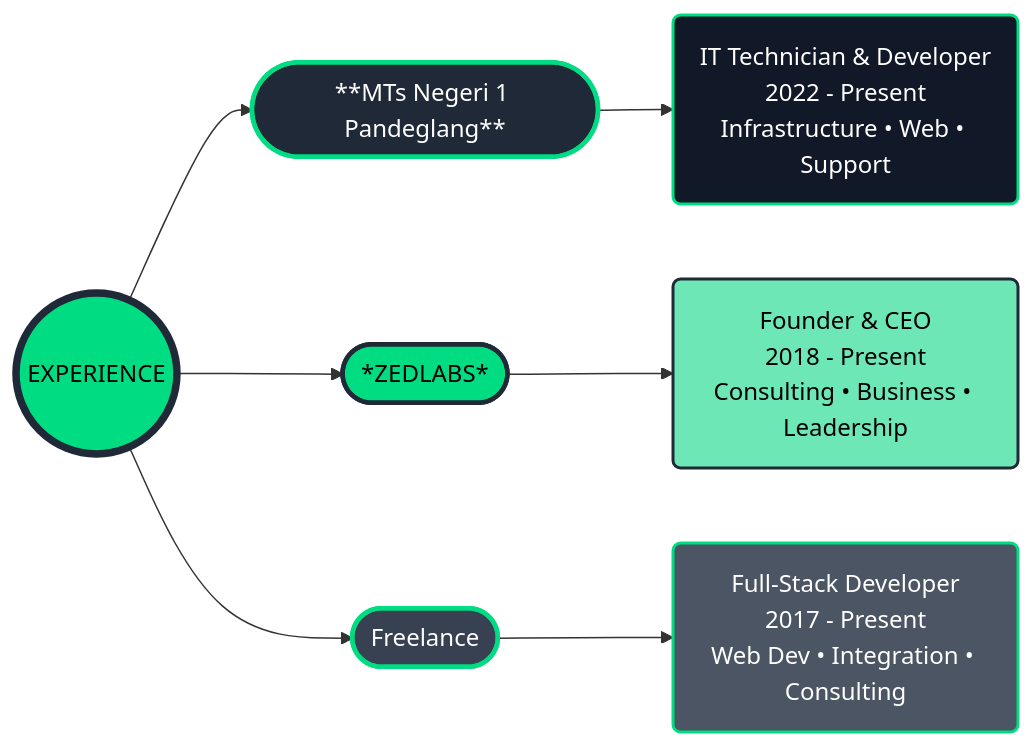
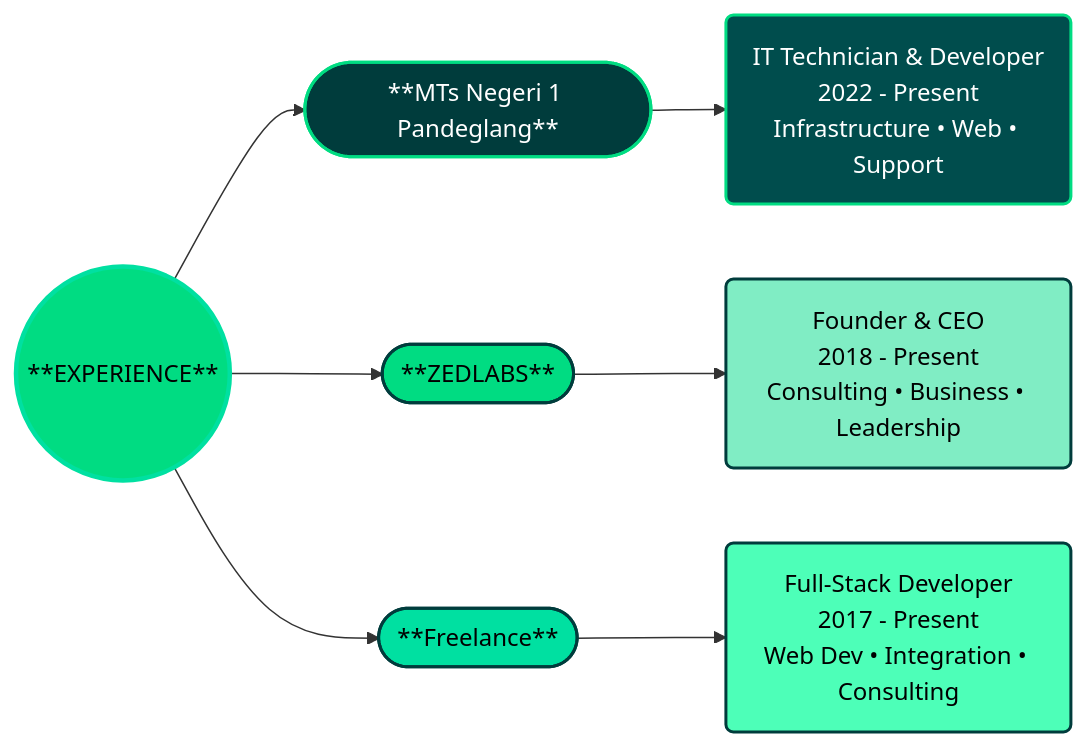
The first of 2 diagrams in README.mdx (zulfikriyahya/zulfikriyahya), drawn with Mermaid before and after one commit.

````diff
--- a/README.mdx
+++ b/README.mdx
@@ -141,29 +141,29 @@
 ```mermaid
 graph LR
-    START(("EXPERIENCE"))
+    START(("**EXPERIENCE**"))
 
     A(["**MTs Negeri 1 Pandeglang**"])
     A1("IT Technician & Developer<br/>2022 - Present<br/>Infrastructure • Web • Support")
 
-    B(["*ZEDLABS*"])
+    B(["**ZEDLABS**"])
     B1("Founder & CEO<br/>2018 - Present<br/>Consulting • Business • Leadership")
 
-    C(["Freelance"])
+    C(["**Freelance**"])
     C1("Full-Stack Developer<br/>2017 - Present<br/>Web Dev • Integration • Consulting")
 
     START --> A
     START --> B
     START --> C
 
     A --> A1
     B --> B1
     C --> C1
 
-    style START fill:#00DC82,stroke:#1F2937,stroke-width:5px,color:#000
-    style A fill:#1F2937,stroke:#00DC82,stroke-width:3px,color:#fff
-    style B fill:#00DC82,stroke:#1F2937,stroke-width:3px,color:#000
-    style C fill:#374151,stroke:#00DC82,stroke-width:3px,color:#fff
-    style A1 fill:#111827,stroke:#00DC82,stroke-width:2px,color:#fff
-    style B1 fill:#6EE7B7,stroke:#1F2937,stroke-width:2px,color:#000
-    style C1 fill:#4B5563,stroke:#00DC82,stroke-width:2px,color:#fff
+    style START fill:#00DC82,stroke:#00E0A1,stroke-width:3px,color:#000
+    style A fill:#003C3C,stroke:#00DC82,stroke-width:2px,color:#fff
+    style B fill:#00DC82,stroke:#003C3C,stroke-width:2px,color:#000
+    style C fill:#00E0A1,stroke:#003C3C,stroke-width:2px,color:#000
+    style A1 fill:#004D4D,stroke:#00DC82,stroke-width:2px,color:#fff
+    style B1 fill:#80EDC4,stroke:#003C3C,stroke-width:2px,color:#000
+    style C1 fill:#4DFFB8,stroke:#003C3C,stroke-width:2px,color:#000
 ```
````
